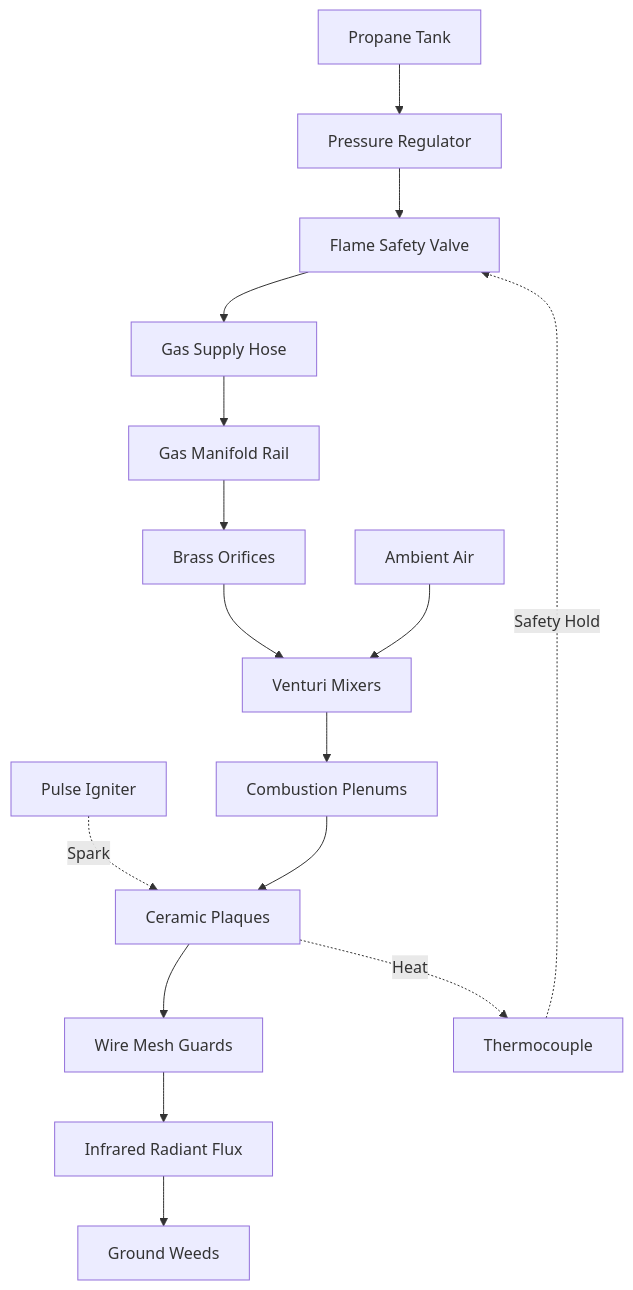
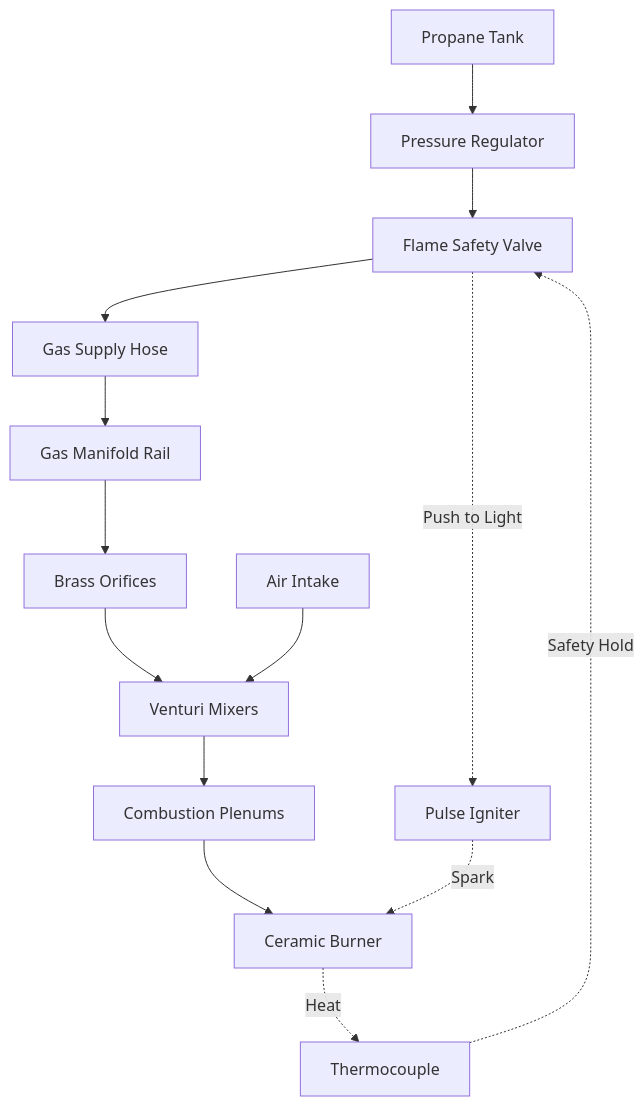
One commit to phi-WORKS/maker changed the diagram in components/modular_burner/README.md. Above: the diagram before and after it, drawn with Mermaid.

Commit message:
docs(modular_burner): simplify system diagram with fuel at top and clean linear flow

````diff
--- a/components/modular_burner/README.md
+++ b/components/modular_burner/README.md
@@ -24,23 +24,19 @@
 ```mermaid
 flowchart TD
-    Tank["Propane Tank"] --> Regulator["Pressure Regulator"]
+    Fuel["Propane Tank"] --> Regulator["Pressure Regulator"]
     Regulator --> Valve["Flame Safety Valve"]
     Valve --> Hose["Gas Supply Hose"]
     Hose --> Manifold["Gas Manifold Rail"]
+    Manifold --> Orifice["Brass Orifices"]
     
-    Manifold --> Orifice["Brass Orifices"]
     Orifice --> Venturi["Venturi Mixers"]
-    Air["Ambient Air"] --> Venturi
+    Air["Air Intake"] --> Venturi
+    Venturi --> Plenum["Combustion Plenums"]
+    Plenum --> Burner["Ceramic Burner"]
     
-    Venturi --> Plenum["Combustion Plenums"]
+    Valve -.->|"Push to Light"| Igniter["Pulse Igniter"]
+    Igniter -.->|"Spark"| Burner
     
-    Igniter["Pulse Igniter"] -.->|"Spark"| Ceramic
-    
-    Plenum --> Ceramic["Ceramic Plaques"]
-    Ceramic --> Screen["Wire Mesh Guards"]
-    Screen --> RadiantFlux["Infrared Radiant Flux"]
-    RadiantFlux --> Ground["Ground Weeds"]
-    
-    Ceramic -.->|"Heat"| Sensor["Thermocouple"]
+    Burner -.->|"Heat"| Sensor["Thermocouple"]
     Sensor -.->|"Safety Hold"| Valve
 ```
````
